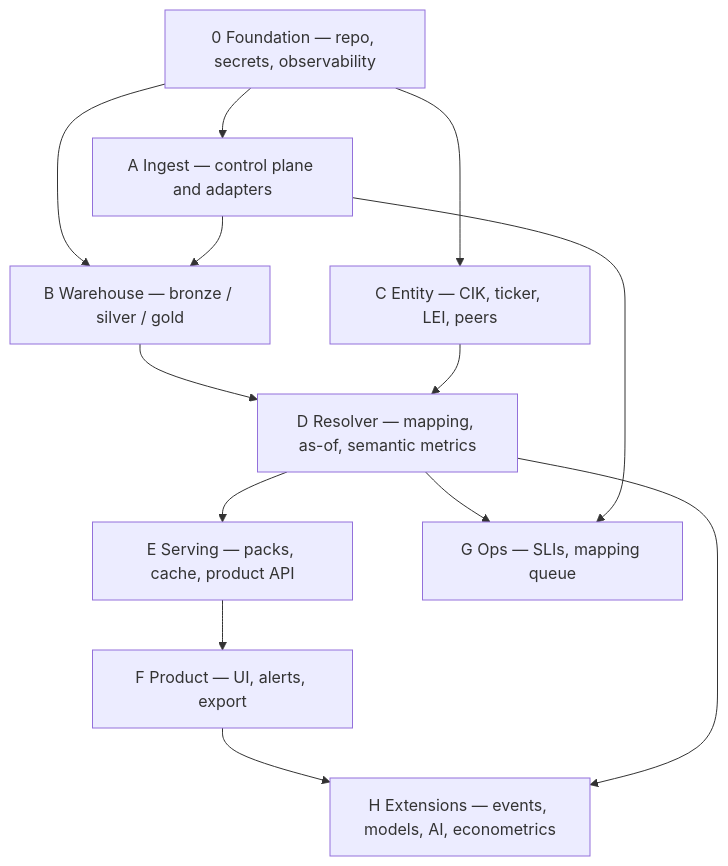
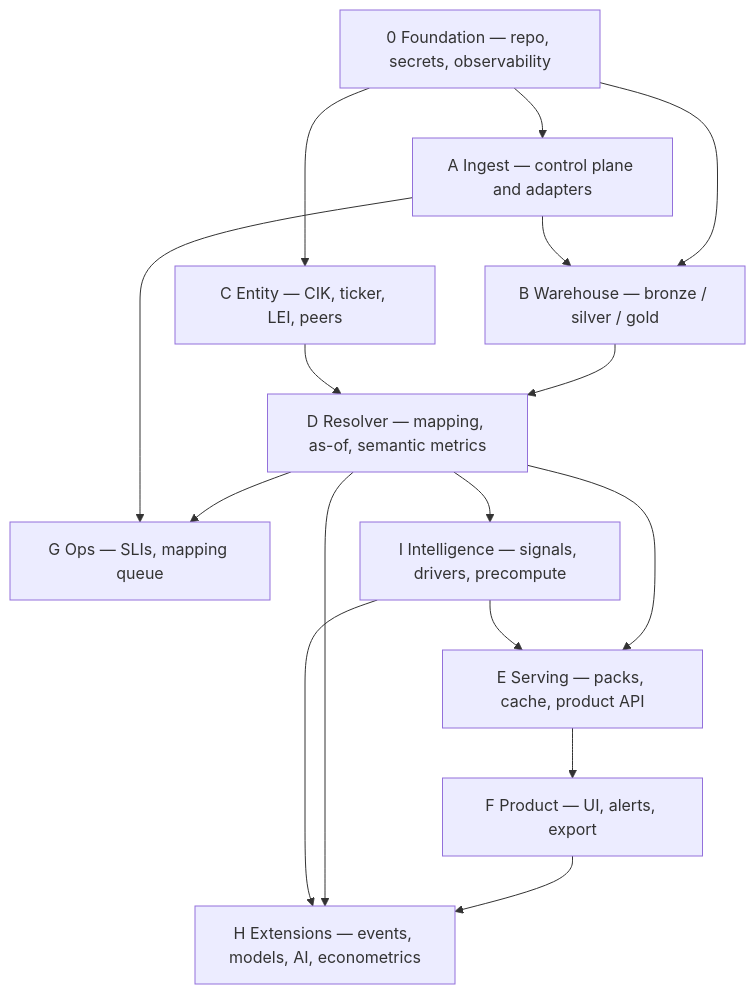
Before and after one commit to r3s0lv343vr/Market-Intelligence-Platform: the first of 8 diagrams in docs/BUILD_PLAN.md, drawn with Mermaid. The commit also changed other lines of this file and 2 other files, not shown here.

First line of the commit message:
Align build with product briefs: signals, drivers, change-first V1

````diff
--- a/docs/BUILD_PLAN.md
+++ b/docs/BUILD_PLAN.md
@@ -25,16 +27,19 @@
 ```mermaid
 flowchart TB
   F0[0 Foundation — repo, secrets, observability]
   F0 --> A[A Ingest — control plane and adapters]
   F0 --> B[B Warehouse — bronze / silver / gold]
   F0 --> C[C Entity — CIK, ticker, LEI, peers]
   A --> B
   B --> D[D Resolver — mapping, as-of, semantic metrics]
   C --> D
   D --> E[E Serving — packs, cache, product API]
   D --> G[G Ops — SLIs, mapping queue]
   A --> G
   E --> F[F Product — UI, alerts, export]
+  D --> I[I Intelligence — signals, drivers, precompute]
+  I --> E
   F --> H[H Extensions — events, models, AI, econometrics]
   D --> H
+  I --> H
 ```
````
